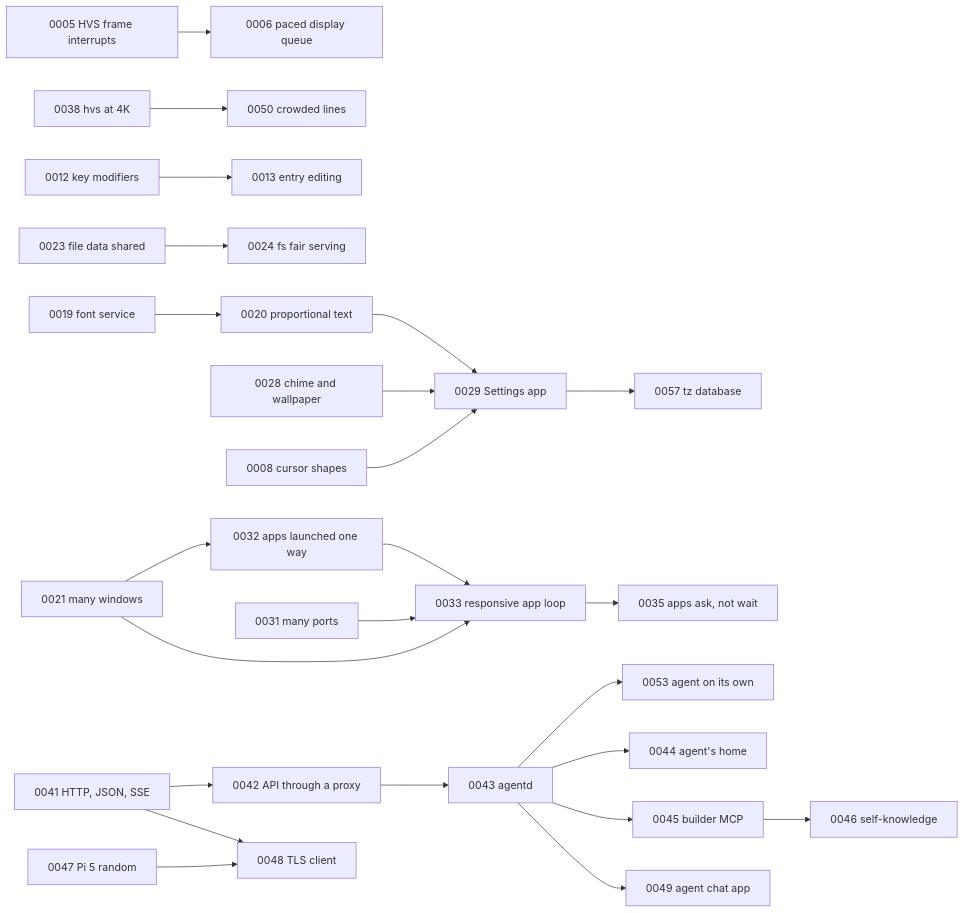
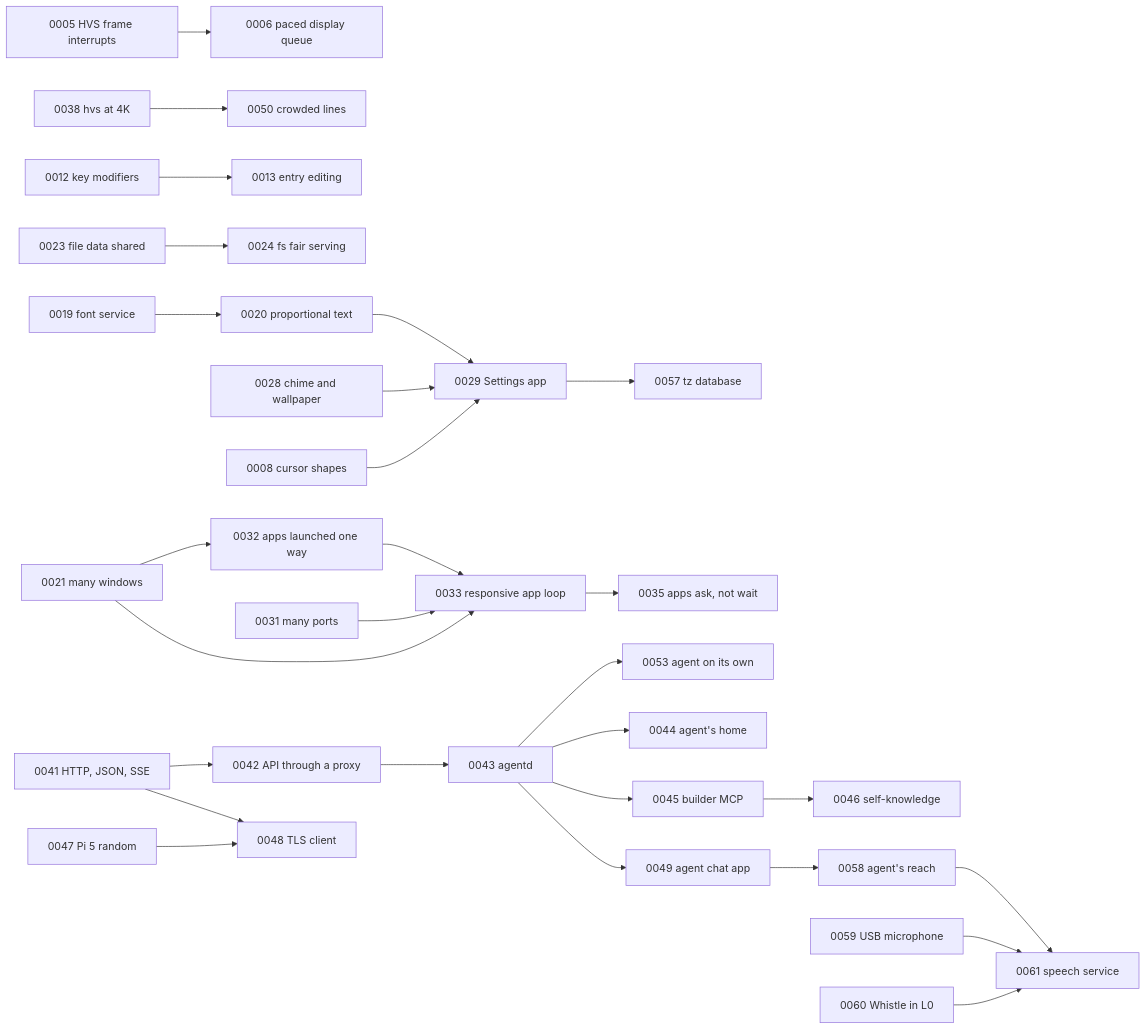
One commit to misleb/L0S changed the diagram in roadmap/INDEX.md. Above: the diagram before and after it, drawn with Mermaid. The commit also changed other lines of this file and 141 other files, not shown here.

First line of the commit message:
Roadmap 0058 done; 0049 steps 2-4, 0059 steps 1-4, 0060 steps 1-6

````diff
--- a/roadmap/INDEX.md
+++ b/roadmap/INDEX.md
@@ -58,26 +74,30 @@
 ```mermaid
 graph LR
   0005[0005 HVS frame interrupts] --> 0006[0006 paced display queue]
   0038[0038 hvs at 4K] --> 0050[0050 crowded lines]
   0012[0012 key modifiers] --> 0013[0013 entry editing]
   0019[0019 font service] --> 0020[0020 proportional text]
   0023[0023 file data shared] --> 0024[0024 fs fair serving]
   0028[0028 chime and wallpaper] --> 0029[0029 Settings app]
   0008[0008 cursor shapes] --> 0029
   0020 --> 0029
   0029 --> 0057[0057 tz database]
   0021[0021 many windows] --> 0032[0032 apps launched one way]
   0032 --> 0033[0033 responsive app loop]
   0033 --> 0035[0035 apps ask, not wait]
   0031[0031 many ports] --> 0033
   0021 --> 0033
   0041[0041 HTTP, JSON, SSE] --> 0042[0042 API through a proxy]
   0042 --> 0043[0043 agentd]
   0043 --> 0053[0053 agent on its own]
   0043 --> 0044[0044 agent's home]
   0043 --> 0045[0045 builder MCP]
   0045 --> 0046[0046 self-knowledge]
   0043 --> 0049[0049 agent chat app]
+  0049 --> 0058[0058 agent's reach]
+  0058 --> 0061[0061 speech service]
+  0059[0059 USB microphone] --> 0061
+  0060[0060 Whistle in L0] --> 0061
   0041 --> 0048[0048 TLS client]
   0047[0047 Pi 5 random] --> 0048
 ```
````
